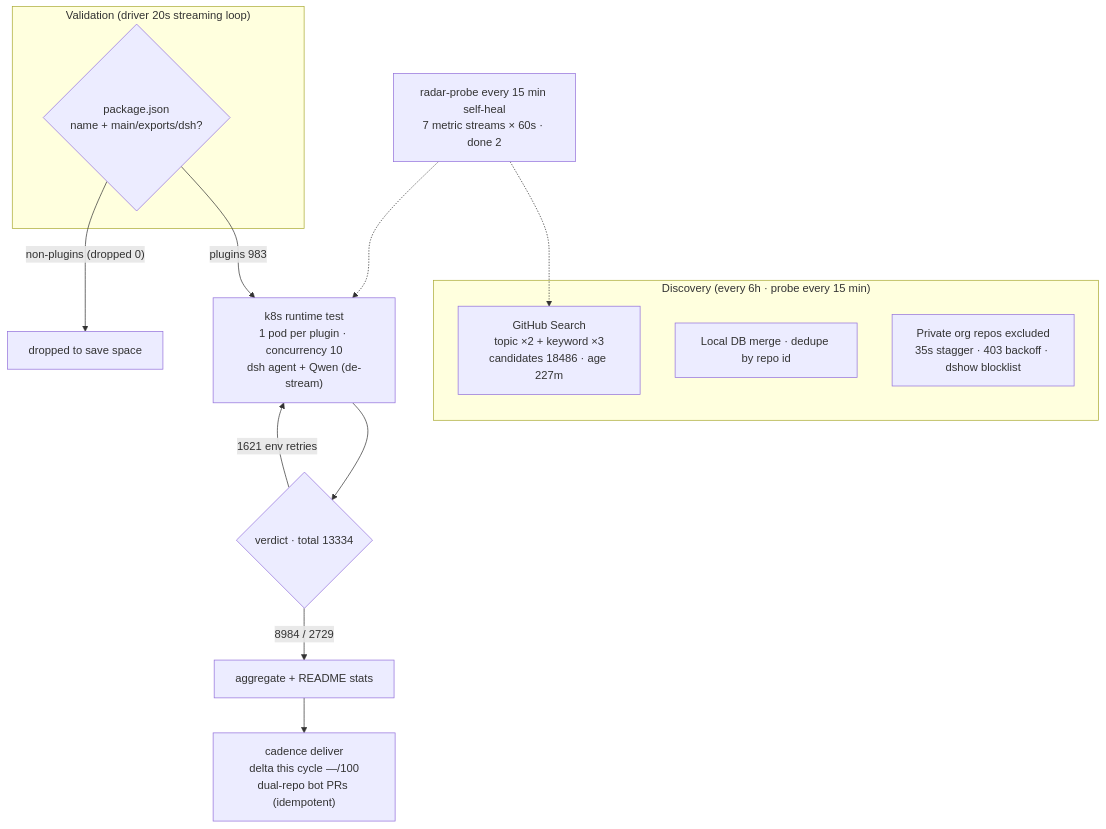
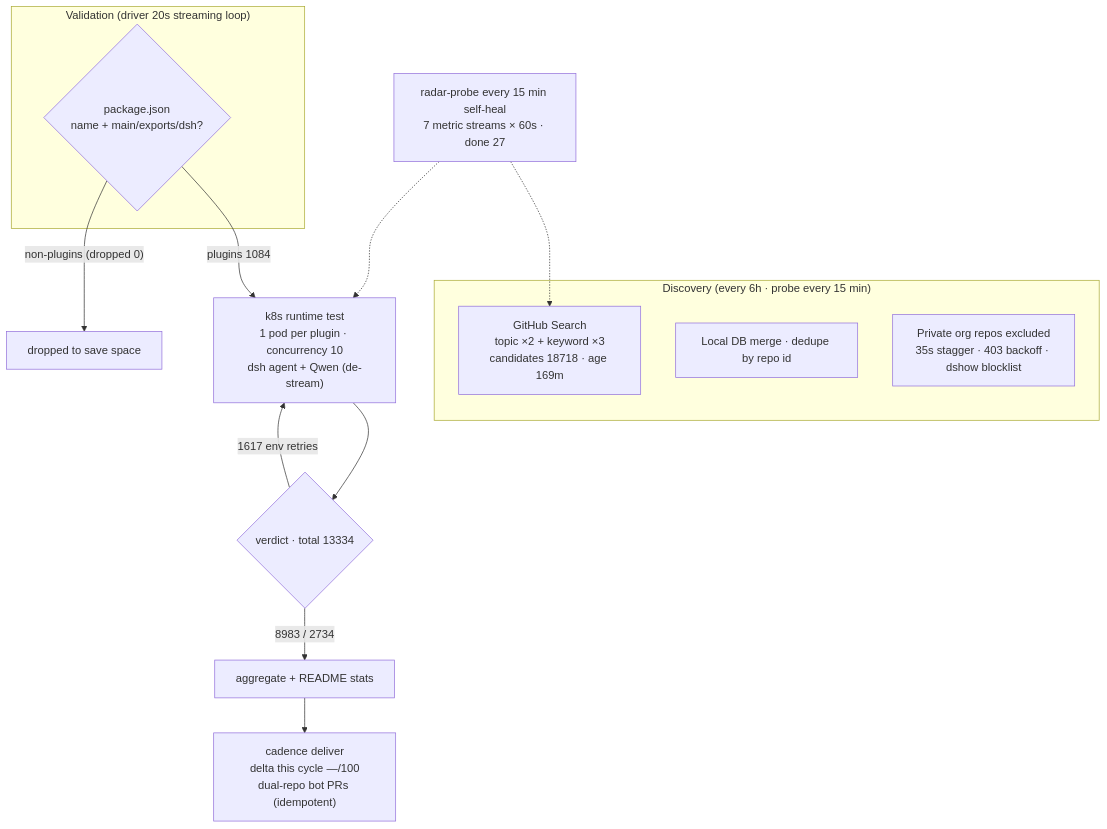
Before and after one commit to Zhidao-Lab-OSS/awesome-dsh-plugins: the diagram in README.en-US.md, drawn with Mermaid. The commit also changed other lines of this file and 1 other file, not shown here.

````diff
--- a/README.en-US.md
+++ b/README.en-US.md
@@ -45,20 +45,20 @@
 ```mermaid
 flowchart TB
     subgraph Discovery["Discovery (every 6h · probe every 15 min)"]
-        A1["GitHub Search<br/>topic ×2 + keyword ×3<br/>candidates 18486 · age 227m"]
+        A1["GitHub Search<br/>topic ×2 + keyword ×3<br/>candidates 18718 · age 169m"]
         A2["Local DB merge · dedupe by repo id"]
         A3["Private org repos excluded<br/>35s stagger · 403 backoff · dshow blocklist"]
     end
     subgraph Validation["Validation (driver 20s streaming loop)"]
         B1{"package.json<br/>name + main/exports/dsh?"}
     end
-    B1 -->|"plugins 983"| C1["k8s runtime test<br/>1 pod per plugin · concurrency 10<br/>dsh agent + Qwen (de-stream)"]
+    B1 -->|"plugins 1084"| C1["k8s runtime test<br/>1 pod per plugin · concurrency 10<br/>dsh agent + Qwen (de-stream)"]
     B1 -->|"non-plugins (dropped 0)"| B3["dropped to save space"]
     C1 --> D1{"verdict · total 13334"}
-    D1 -->|"8984 / 2729"| E1["aggregate + README stats"]
-    D1 -->|"1621 env retries"| C1
+    D1 -->|"8983 / 2734"| E1["aggregate + README stats"]
+    D1 -->|"1617 env retries"| C1
     E1 --> E2["cadence deliver<br/>delta this cycle —/100<br/>dual-repo bot PRs (idempotent)"]
-    M["radar-probe every 15 min self-heal<br/>7 metric streams × 60s · done 2"]
+    M["radar-probe every 15 min self-heal<br/>7 metric streams × 60s · done 27"]
     M -.-> A1
     M -.-> C1
 ```
````
